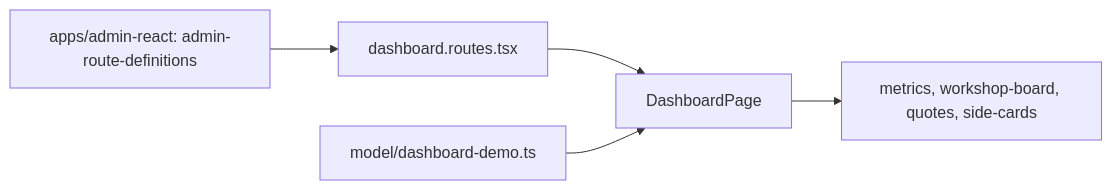
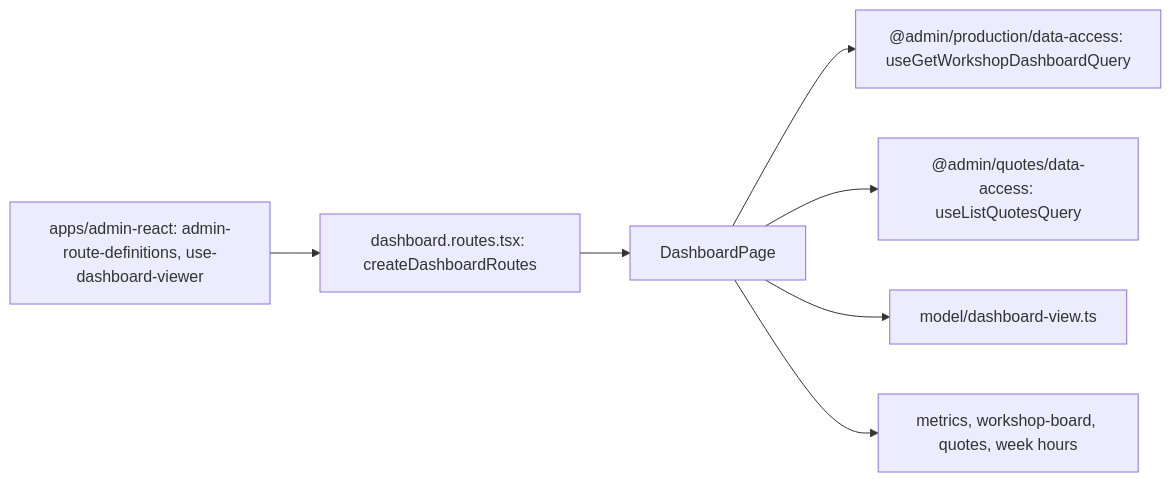
Before and after one commit to Weretik/brevi-web: the diagram in docs/features/admin/dashboard.md, drawn with Mermaid. The commit also changed other lines of this file and 46 other files, not shown here.

````diff
--- a/docs/features/admin/dashboard.md
+++ b/docs/features/admin/dashboard.md
@@ -9,7 +9,9 @@
 ```mermaid
 flowchart LR
-  Router["apps/admin-react: admin-route-definitions"] --> Routes["dashboard.routes.tsx"]
+  Router["apps/admin-react: admin-route-definitions, use-dashboard-viewer"] --> Routes["dashboard.routes.tsx: createDashboardRoutes"]
   Routes --> Page["DashboardPage"]
-  Demo["model/dashboard-demo.ts"] --> Page
-  Page --> Parts["metrics, workshop-board, quotes, side-cards"]
+  Page --> Production["@admin/production/data-access: useGetWorkshopDashboardQuery"]
+  Page --> Quotes["@admin/quotes/data-access: useListQuotesQuery"]
+  Page --> View["model/dashboard-view.ts"]
+  Page --> Parts["metrics, workshop-board, quotes, week hours"]
 ```
````
